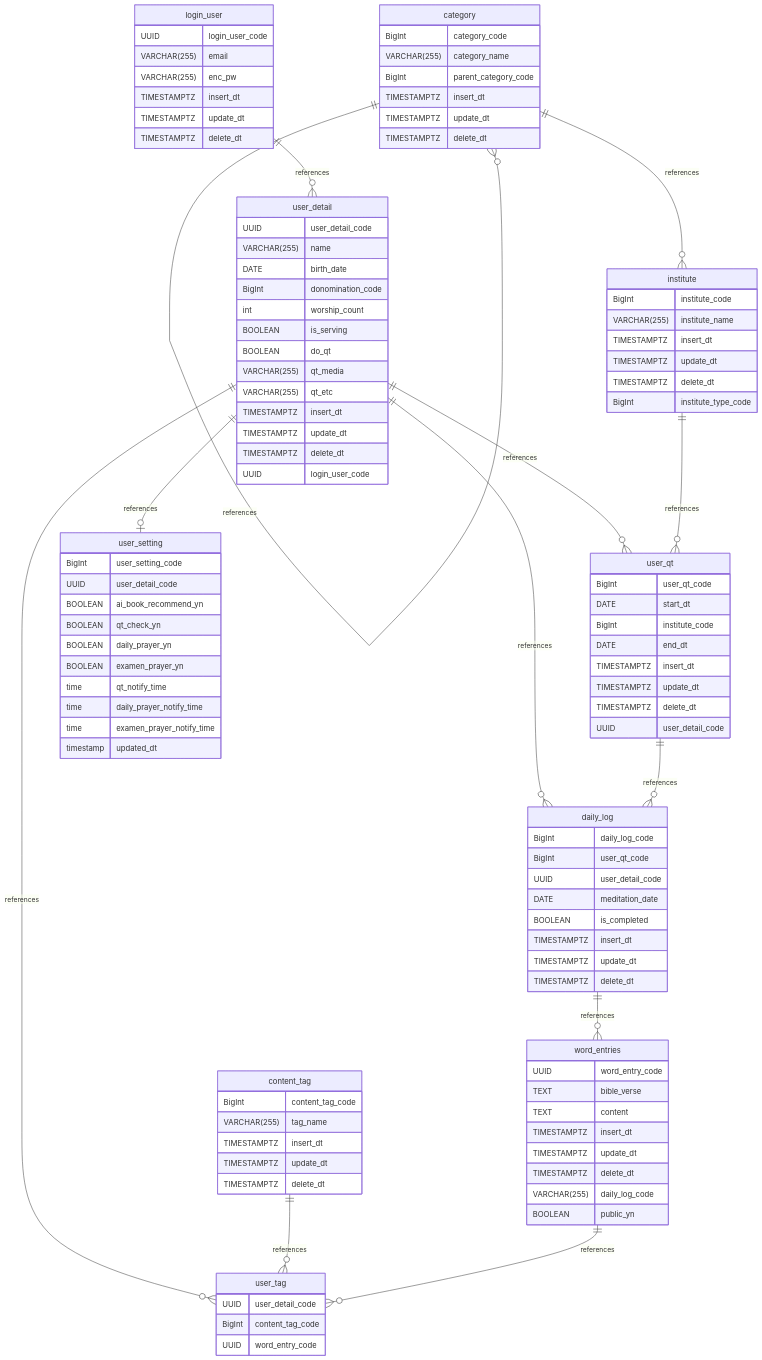
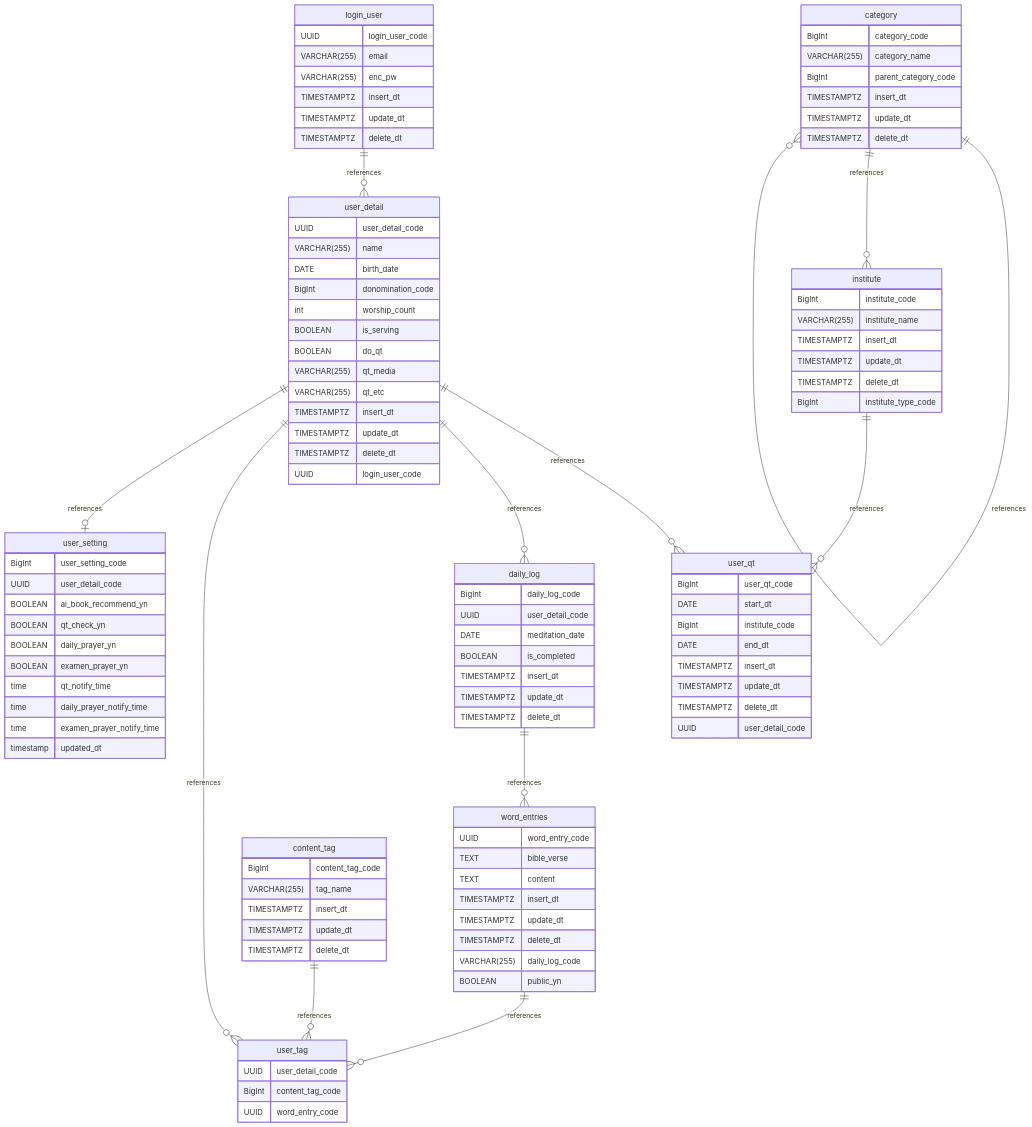
The diagram in README.md (LinaShinDev/daily-word-log), drawn with Mermaid before and after one commit.

```diff
--- a/README.md
+++ b/README.md
@@ -34,7 +34,6 @@
     user_detail ||--o{ user_qt : references
     user_detail ||--o{ daily_log : references
     institute ||--o{ user_qt : references
-    user_qt ||--o{ daily_log : references
     daily_log ||--o{ word_entries : references
     user_detail ||--o{ user_tag : references
     content_tag ||--o{ user_tag : references
@@ -111,7 +110,6 @@
 
 	daily_log {
 		BigInt daily_log_code
-		BigInt user_qt_code
 		UUID user_detail_code
 		DATE meditation_date
 		BOOLEAN is_completed
```
